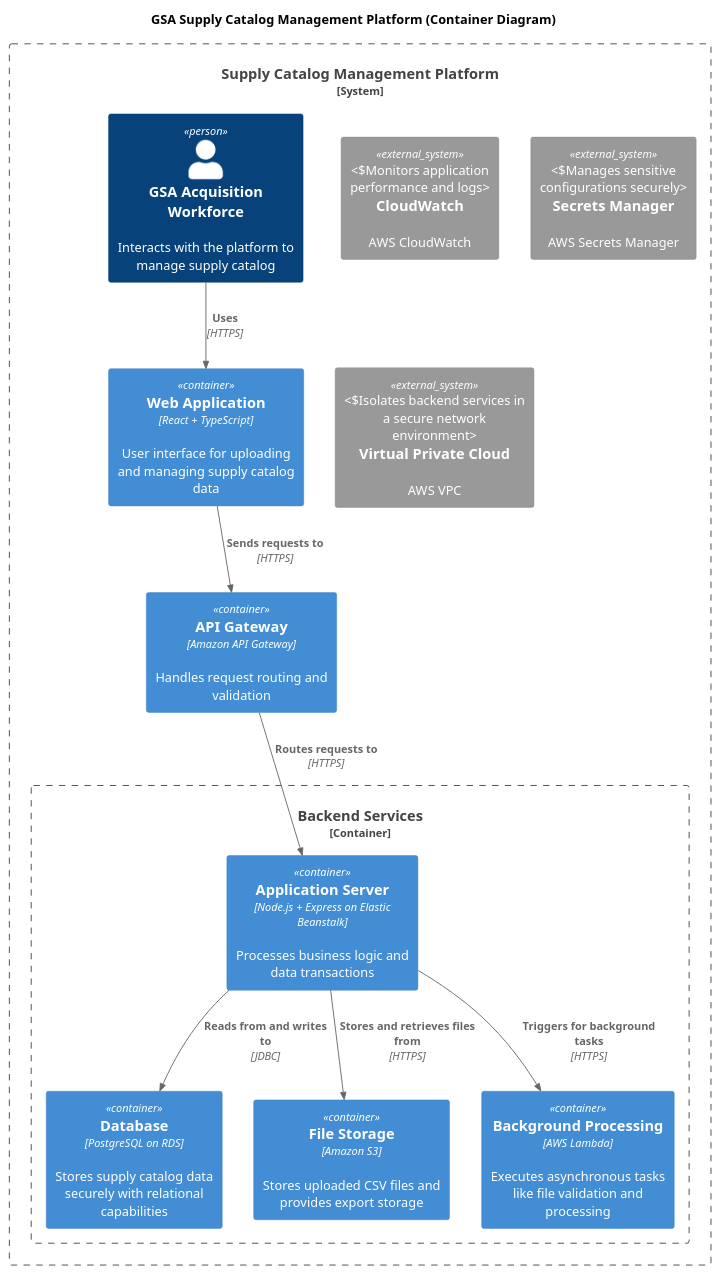
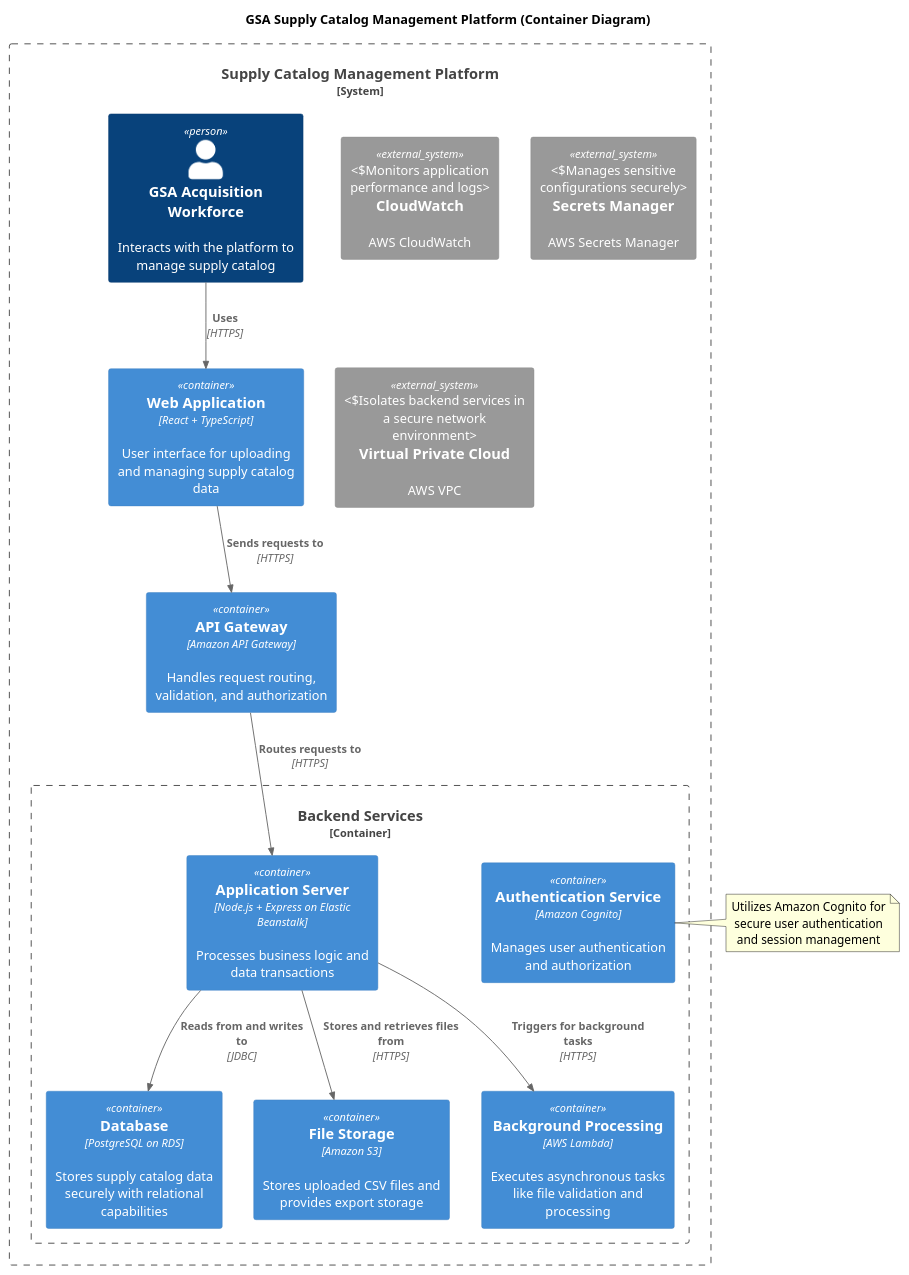
The diagram in solution.md (AathreyaG/reactai-starter), drawn with PlantUML before and after one commit. The commit also changed other lines of this file, not shown here.

````diff
--- a/solution.md
+++ b/solution.md
@@ -3,43 +3,51 @@
 ```plantuml
 @startuml
 !includeurl https://raw.githubusercontent.com/plantuml-stdlib/C4-PlantUML/master/C4_Container.puml
 
 ' Title
 title GSA Supply Catalog Management Platform (Container Diagram)
 
 ' Define the system
 System_Boundary(GSA_Boundary, "Supply Catalog Management Platform") {
 
     ' Users
     Person(user, "GSA Acquisition Workforce", "Interacts with the platform to manage supply catalog")
 
     ' Frontend Application
     Container(webApp, "Web Application", "React + TypeScript", "User interface for uploading and managing supply catalog data")
 
     ' API Gateway
-    Container(apiGateway, "API Gateway", "Amazon API Gateway", "Handles request routing and validation")
+    Container(apiGateway, "API Gateway", "Amazon API Gateway", "Handles request routing, validation, and authorization")
 
     ' Core Backend Services
     Container_Boundary(Backend, "Backend Services") {
         Container(appNode, "Application Server", "Node.js + Express on Elastic Beanstalk", "Processes business logic and data transactions")
+        Container(authService, "Authentication Service", "Amazon Cognito", "Manages user authentication and authorization")
         Container(database, "Database", "PostgreSQL on RDS", "Stores supply catalog data securely with relational capabilities")
         Container(fileStorage, "File Storage", "Amazon S3", "Stores uploaded CSV files and provides export storage")
         Container(lambda, "Background Processing", "AWS Lambda", "Executes asynchronous tasks like file validation and processing")
     }
 
     ' Monitoring and Security
     System_Ext(cloudwatch, "CloudWatch", "AWS CloudWatch", "Monitors application performance and logs")
     System_Ext(secretsManager, "Secrets Manager", "AWS Secrets Manager", "Manages sensitive configurations securely")
     System_Ext(vpc, "Virtual Private Cloud", "AWS VPC", "Isolates backend services in a secure network environment")
 
     ' Relationships and Flows
     Rel(user, webApp, "Uses", "HTTPS")
     Rel(webApp, apiGateway, "Sends requests to", "HTTPS")
     Rel(apiGateway, appNode, "Routes requests to", "HTTPS")
     Rel(appNode, database, "Reads from and writes to", "JDBC")
     Rel(appNode, fileStorage, "Stores and retrieves files from", "HTTPS")
     Rel(appNode, lambda, "Triggers for background tasks", "HTTPS")
 }
 
+' Notes
+note right of authService
+Utilizes Amazon Cognito for
+secure user authentication
+and session management
+end note
+
 @enduml
 ```
````
